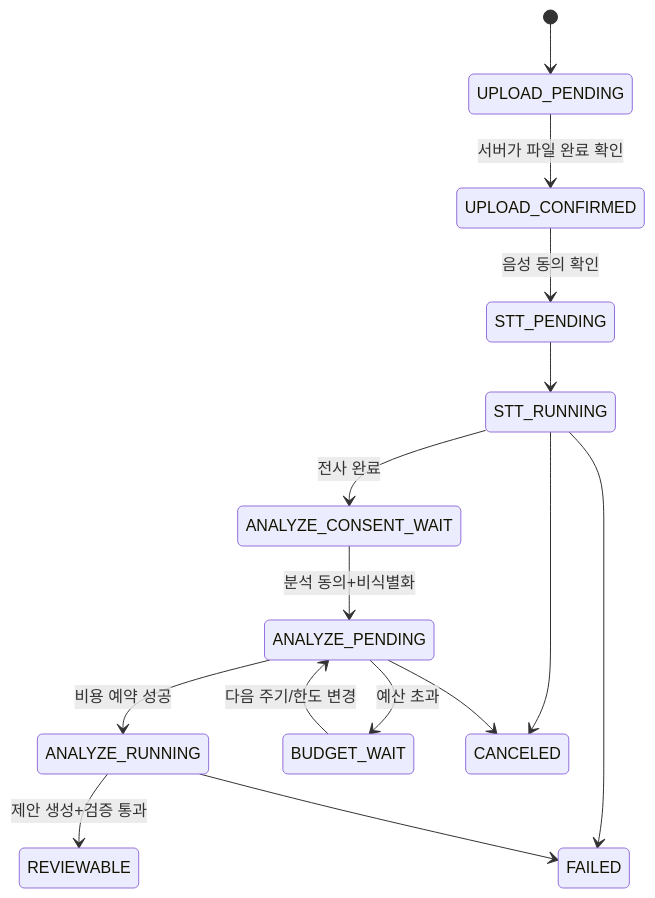
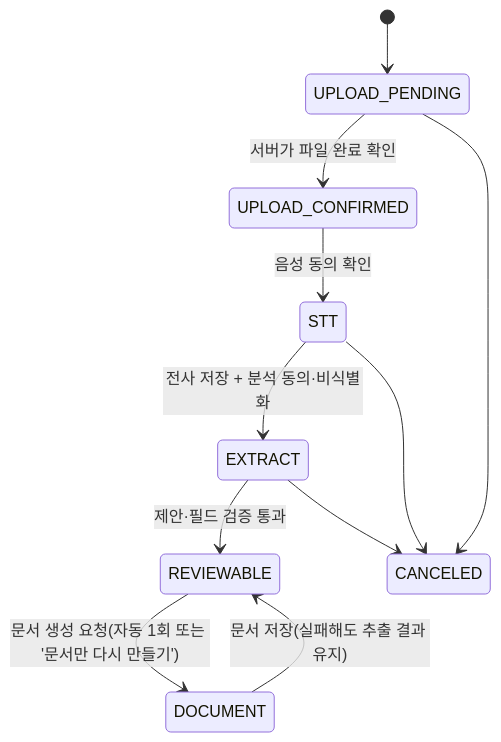
The second of 4 diagrams in docs/02-design/features/workbrain.design.md (worksuhyeon-tech/workbrain), drawn with Mermaid before and after one commit. The commit also changed other lines of this file and 13 other files, not shown here.

````diff
--- a/docs/02-design/features/workbrain.design.md
+++ b/docs/02-design/features/workbrain.design.md
@@ -129,17 +132,13 @@
 ```mermaid
 stateDiagram-v2
   [*] --> UPLOAD_PENDING
   UPLOAD_PENDING --> UPLOAD_CONFIRMED: 서버가 파일 완료 확인
-  UPLOAD_CONFIRMED --> STT_PENDING: 음성 동의 확인
-  STT_PENDING --> STT_RUNNING
-  STT_RUNNING --> ANALYZE_CONSENT_WAIT: 전사 완료
-  ANALYZE_CONSENT_WAIT --> ANALYZE_PENDING: 분석 동의+비식별화
-  ANALYZE_PENDING --> ANALYZE_RUNNING: 비용 예약 성공
-  ANALYZE_PENDING --> BUDGET_WAIT: 예산 초과
-  ANALYZE_RUNNING --> REVIEWABLE: 제안 생성+검증 통과
-  STT_RUNNING --> FAILED
-  ANALYZE_RUNNING --> FAILED
-  BUDGET_WAIT --> ANALYZE_PENDING: 다음 주기/한도 변경
-  STT_RUNNING --> CANCELED
-  ANALYZE_PENDING --> CANCELED
+  UPLOAD_CONFIRMED --> STT: 음성 동의 확인
+  STT --> EXTRACT: 전사 저장 + 분석 동의·비식별화
+  EXTRACT --> REVIEWABLE: 제안·필드 검증 통과
+  REVIEWABLE --> DOCUMENT: 문서 생성 요청(자동 1회 또는 '문서만 다시 만들기')
+  DOCUMENT --> REVIEWABLE: 문서 저장(실패해도 추출 결과 유지)
+  UPLOAD_PENDING --> CANCELED
+  STT --> CANCELED
+  EXTRACT --> CANCELED
 ```
````
